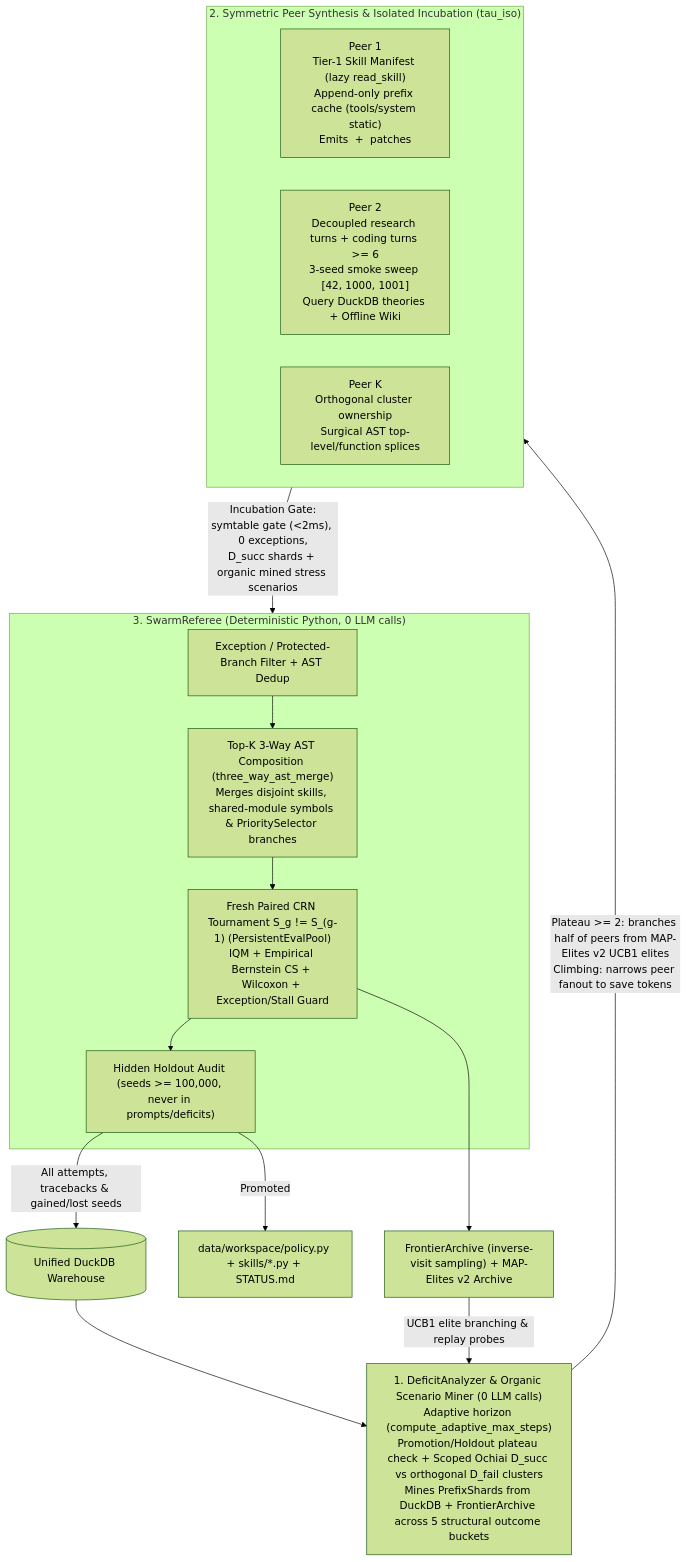
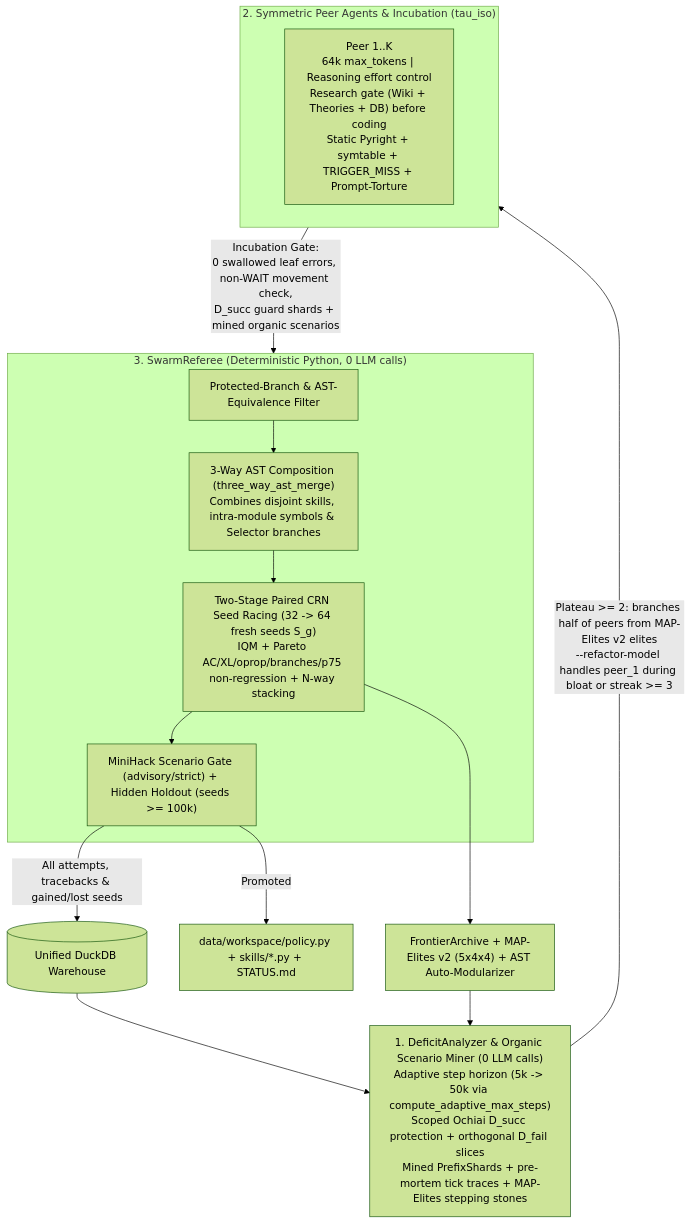
One commit to saejin-moon/lox changed the diagram in README.md. Above: the diagram before and after it, drawn with Mermaid (forest theme). The commit also changed other lines of this file, not shown here.

Commit message:
Rewrite README to reflect current Peer Swarm, scenarios, Pyright, Wiki XML, and CLI workflows

````diff
--- a/README.md
+++ b/README.md
@@ -42,28 +41,26 @@
 ```mermaid
 flowchart TB
-    DB[(Unified DuckDB Warehouse)] --> DEF["1. DeficitAnalyzer & Organic Scenario Miner (0 LLM calls)\nAdaptive horizon (compute_adaptive_max_steps)\nPromotion/Holdout plateau check + Scoped Ochiai D_succ vs orthogonal D_fail clusters\nMines PrefixShards from DuckDB + FrontierArchive across 5 structural outcome buckets"]
+    DB[(Unified DuckDB Warehouse)] --> DEF["1. DeficitAnalyzer & Organic Scenario Miner (0 LLM calls)\nAdaptive step horizon (5k -> 50k via compute_adaptive_max_steps)\nScoped Ochiai D_succ protection + orthogonal D_fail slices\nMined PrefixShards + pre-mortem tick traces + MAP-Elites stepping stones"]
 
-    DEF -->|"Plateau >= 2: branches half of peers from MAP-Elites v2 UCB1 elites\nClimbing: narrows peer fanout to save tokens"| PEERS
+    DEF -->|"Plateau >= 2: branches half of peers from MAP-Elites v2 elites\n--refactor-model handles peer_1 during bloat or streak >= 3"| PEERS
 
-    subgraph PEERS["2. Symmetric Peer Synthesis & Isolated Incubation (tau_iso)"]
+    subgraph PEERS["2. Symmetric Peer Agents & Incubation (tau_iso)"]
         direction LR
-        P1["Peer 1\nTier-1 Skill Manifest (lazy read_skill)\nAppend-only prefix cache (tools/system static)\nEmits <skill_code> + <policy_code> patches"]
-        P2["Peer 2\nDecoupled research turns + coding turns >= 6\n3-seed smoke sweep [42, 1000, 1001]\nQuery DuckDB theories + Offline Wiki"]
-        PN["Peer K\nOrthogonal cluster ownership\nSurgical AST top-level/function splices"]
+        P1["Peer 1..K\n64k max_tokens | Reasoning effort control\nResearch gate (Wiki + Theories + DB) before coding\nStatic Pyright + symtable + TRIGGER_MISS + Prompt-Torture"]
     end
 
-    PEERS -->|"Incubation Gate:\nsymtable gate (<2ms), 0 exceptions,\nD_succ shards + organic mined stress scenarios"| REF
+    PEERS -->|"Incubation Gate:\n0 swallowed leaf errors, non-WAIT movement check,\nD_succ guard shards + mined organic scenarios"| REF
 
     subgraph REF["3. SwarmReferee (Deterministic Python, 0 LLM calls)"]
-        FLT["Exception / Protected-Branch Filter + AST Dedup"]
-        ORTHO["Top-K 3-Way AST Composition (three_way_ast_merge)\nMerges disjoint skills, shared-module symbols & PrioritySelector branches"]
-        CRN["Fresh Paired CRN Tournament S_g != S_(g-1) (PersistentEvalPool)\nIQM + Empirical Bernstein CS + Wilcoxon + Exception/Stall Guard"]
-        HOLD["Hidden Holdout Audit (seeds >= 100,000, never in prompts/deficits)"]
-        FLT --> ORTHO --> CRN --> HOLD
+        FLT["Protected-Branch & AST-Equivalence Filter"]
+        ORTHO["3-Way AST Composition (three_way_ast_merge)\nCombines disjoint skills, intra-module symbols & Selector branches"]
+        RACE["Two-Stage Paired CRN Seed Racing (32 -> 64 fresh seeds S_g)\nIQM + Pareto AC/XL/oprop/branches/p75 non-regression + N-way stacking"]
+        GATE["MiniHack Scenario Gate (advisory/strict) + Hidden Holdout (seeds >= 100k)"]
+        FLT --> ORTHO --> RACE --> GATE
     end
 
-    HOLD -->|"Promoted"| WS["data/workspace/policy.py + skills/*.py + STATUS.md"]
-    HOLD -->|"All attempts, tracebacks & gained/lost seeds"| DB
-    CRN --> ARCH["FrontierArchive (inverse-visit sampling) + MAP-Elites v2 Archive"]
-    ARCH -->|"UCB1 elite branching & replay probes"| DEF
+    GATE -->|"Promoted"| WS["data/workspace/policy.py + skills/*.py + STATUS.md"]
+    GATE -->|"All attempts, tracebacks & gained/lost seeds"| DB
+    RACE --> ARCH["FrontierArchive + MAP-Elites v2 (5x4x4) + AST Auto-Modularizer"]
+    ARCH --> DEF
 ```
````
